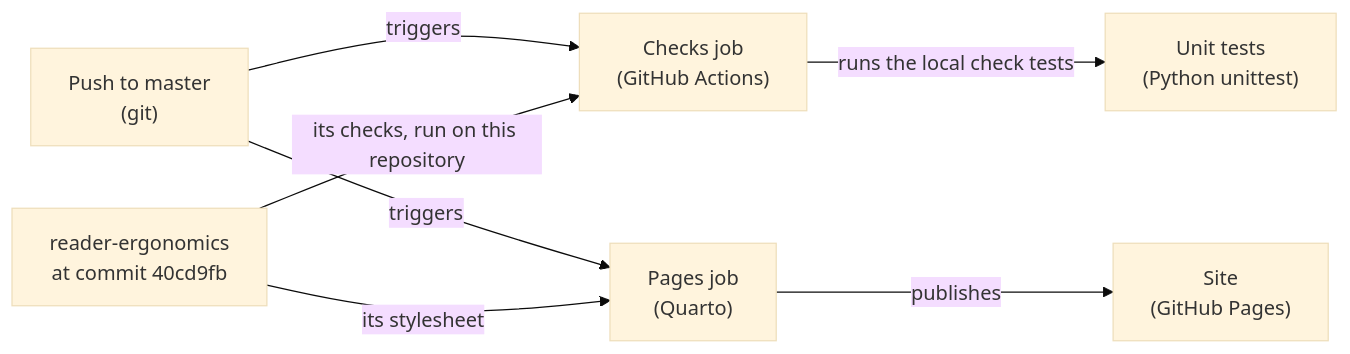
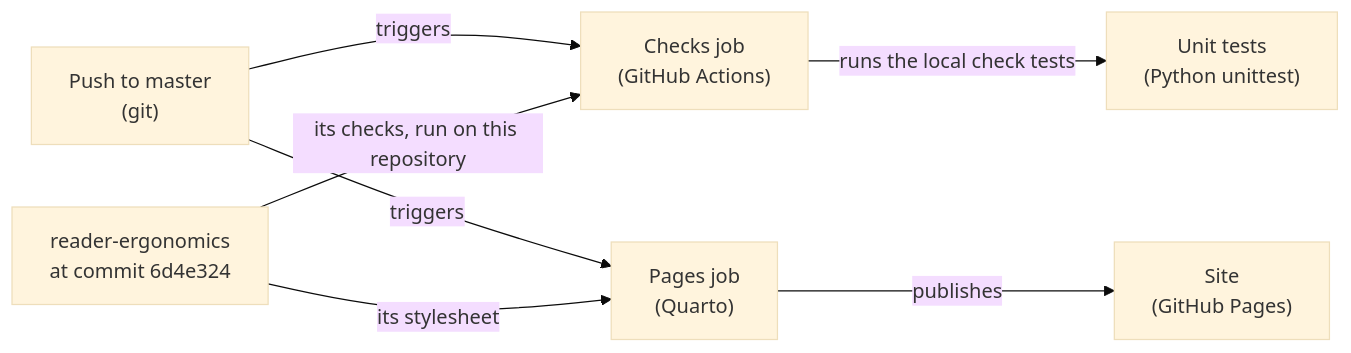
The diagram in shapes/system-diagram.md (Tewf/reader-ergonomics-software-design), drawn with Mermaid (base theme) before and after one commit. The commit also changed other lines of this file and 29 other files, not shown here.

First line of the commit message:
Move to reader-ergonomics v1.2.0 and retire the local judgment check

````diff
--- a/shapes/system-diagram.md
+++ b/shapes/system-diagram.md
@@ -80,9 +80,9 @@
 ```mermaid
 flowchart LR
     push["Push to master<br/>(git)"] -->|"triggers"| checks["Checks job<br/>(GitHub Actions)"]
-    standard["reader-ergonomics<br/>at commit 40cd9fb"] -->|"its checks, run on this repository"| checks
+    standard["reader-ergonomics<br/>at commit 6d4e324"] -->|"its checks, run on this repository"| checks
     checks -->|"runs the local check tests"| tests["Unit tests<br/>(Python unittest)"]
     push -->|"triggers"| pages["Pages job<br/>(Quarto)"]
     standard -->|"its stylesheet"| pages
     pages -->|"publishes"| site["Site<br/>(GitHub Pages)"]
 ```
````
